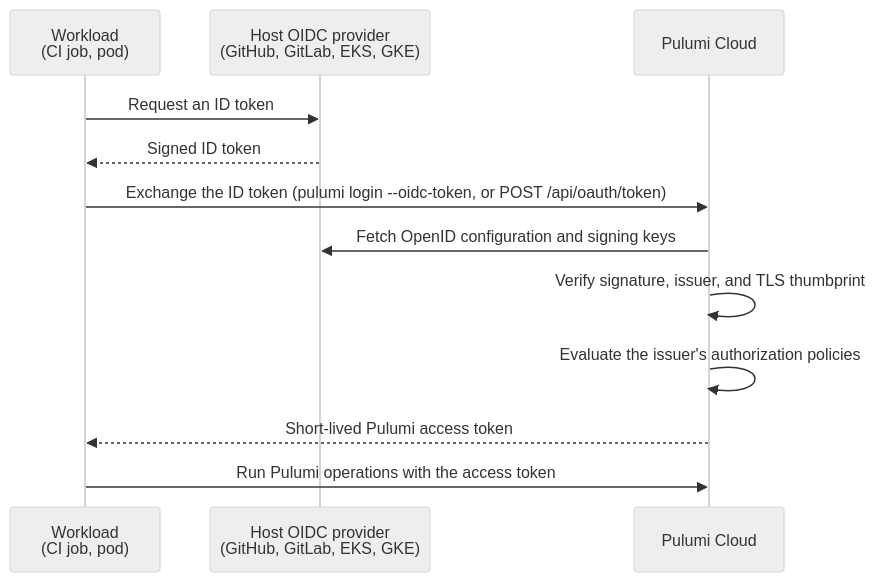
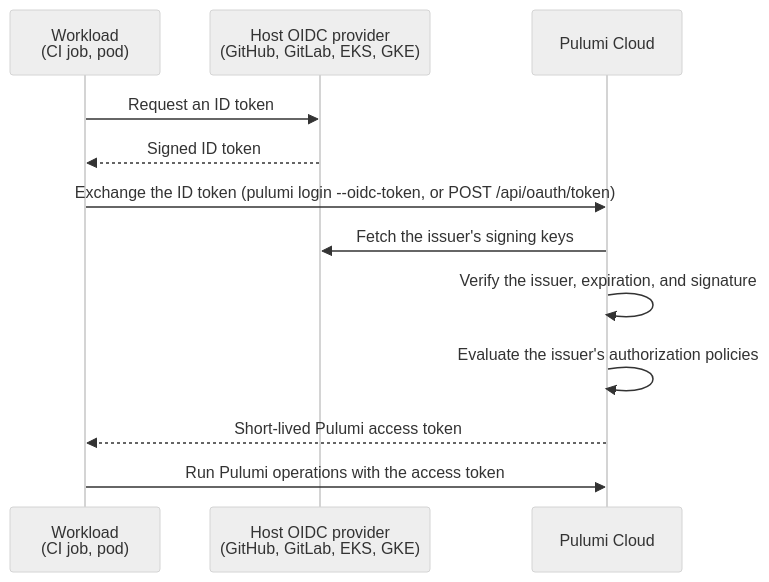
One commit to pulumi/docs changed the diagram in content/docs/administration/concepts/oidc-issuers.md. Above: the diagram before and after it, drawn with Mermaid (neutral theme). The commit also changed other lines of this file and 1 other file, not shown here.

First line of the commit message:
Address pre-merge review: OIDC exchange flow, policy matching, defaults

````diff
--- a/content/docs/administration/concepts/oidc-issuers.md
+++ b/content/docs/administration/concepts/oidc-issuers.md
@@ -20,15 +20,15 @@
 ```mermaid
 sequenceDiagram
     participant W as Workload<br/>(CI job, pod)
     participant H as Host OIDC provider<br/>(GitHub, GitLab, EKS, GKE)
     participant P as Pulumi Cloud
 
     W->>H: Request an ID token
     H-->>W: Signed ID token
     W->>P: Exchange the ID token (pulumi login --oidc-token, or POST /api/oauth/token)
-    P->>H: Fetch OpenID configuration and signing keys
-    P->>P: Verify signature, issuer, and TLS thumbprint
+    P->>H: Fetch the issuer's signing keys
+    P->>P: Verify the issuer, expiration, and signature
     P->>P: Evaluate the issuer's authorization policies
     P-->>W: Short-lived Pulumi access token
     W->>P: Run Pulumi operations with the access token
 ```
````
